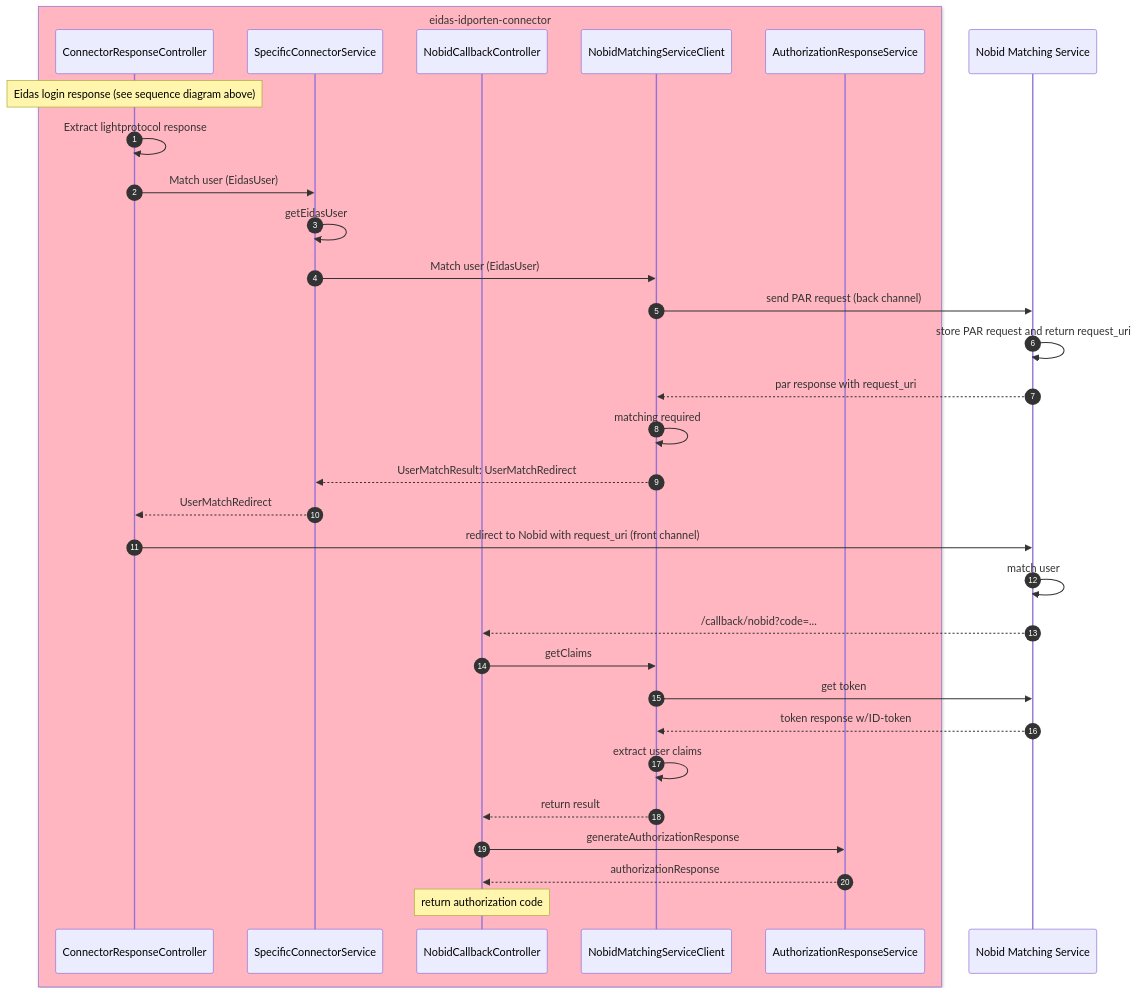
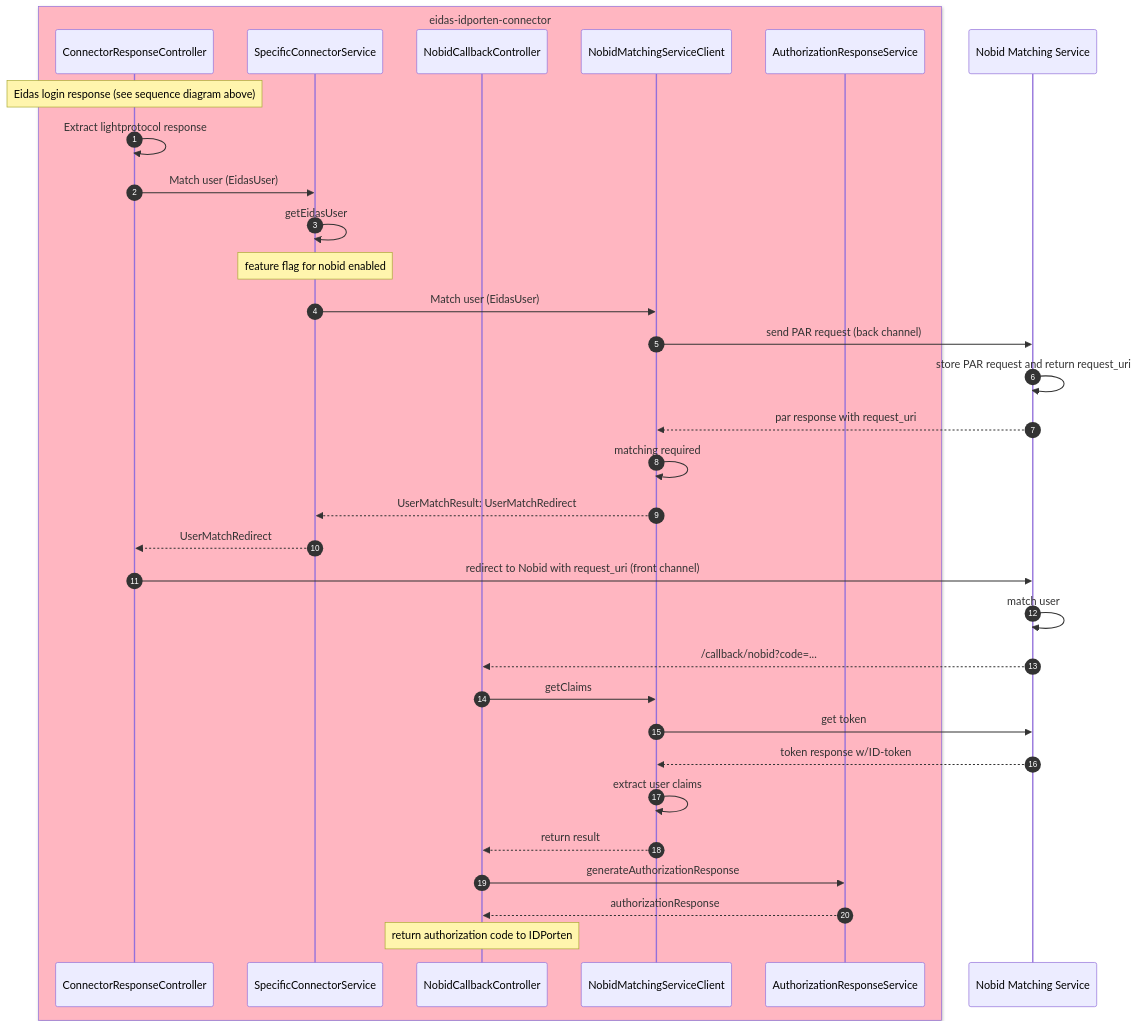
Before and after one commit to felleslosninger/eidas-idporten-connector: the second of 2 diagrams in README.md, drawn with Mermaid. The commit also changed other lines of this file and 5 other files, not shown here.

````diff
--- a/README.md
+++ b/README.md
@@ -66,36 +78,37 @@
 ```mermaid
 sequenceDiagram
     autonumber
     box lightpink eidas-idporten-connector
         participant CRC as ConnectorResponseController
         participant SCS as SpecificConnectorService
         participant NCC as NobidCallbackController
         participant NMC as NobidMatchingServiceClient
         participant AS as AuthorizationResponseService
     end
     participant NOB as Nobid Matching Service
     note over CRC: Eidas login response (see sequence diagram above)
     CRC ->> CRC: Extract lightprotocol response
     CRC ->> SCS: Match user (EidasUser)
     SCS ->> SCS: getEidasUser
+    note over SCS: feature flag for nobid enabled
     SCS ->> NMC: Match user (EidasUser)
     NMC ->> NOB: send PAR request (back channel)
     NOB ->> NOB: store PAR request and return request_uri
     NOB -->> NMC: par response with request_uri
     NMC ->> NMC: matching required
     NMC -->> SCS: UserMatchResult: UserMatchRedirect
     SCS -->> CRC: UserMatchRedirect
     CRC ->> NOB: redirect to Nobid with request_uri (front channel)
     NOB ->> NOB: match user
     NOB -->> NCC: /callback/nobid?code=...
     NCC ->> NMC: getClaims
     NMC ->> NOB: get token
     NOB -->> NMC: token response w/ID-token
     NMC ->> NMC: extract user claims
     NMC -->> NCC: return result
     NCC ->> AS: generateAuthorizationResponse
     AS -->> NCC: authorizationResponse
-    note over NCC: return authorization code
+    note over NCC: return authorization code to IDPorten
 
 
 ```
````
